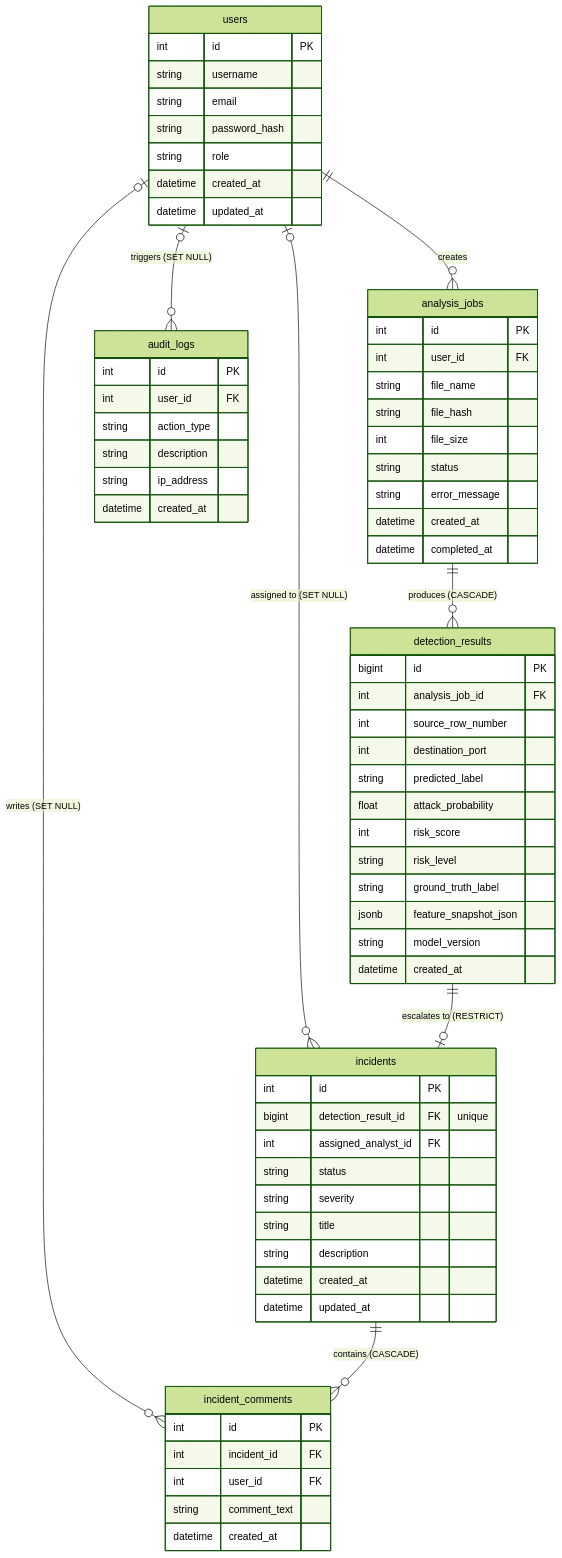
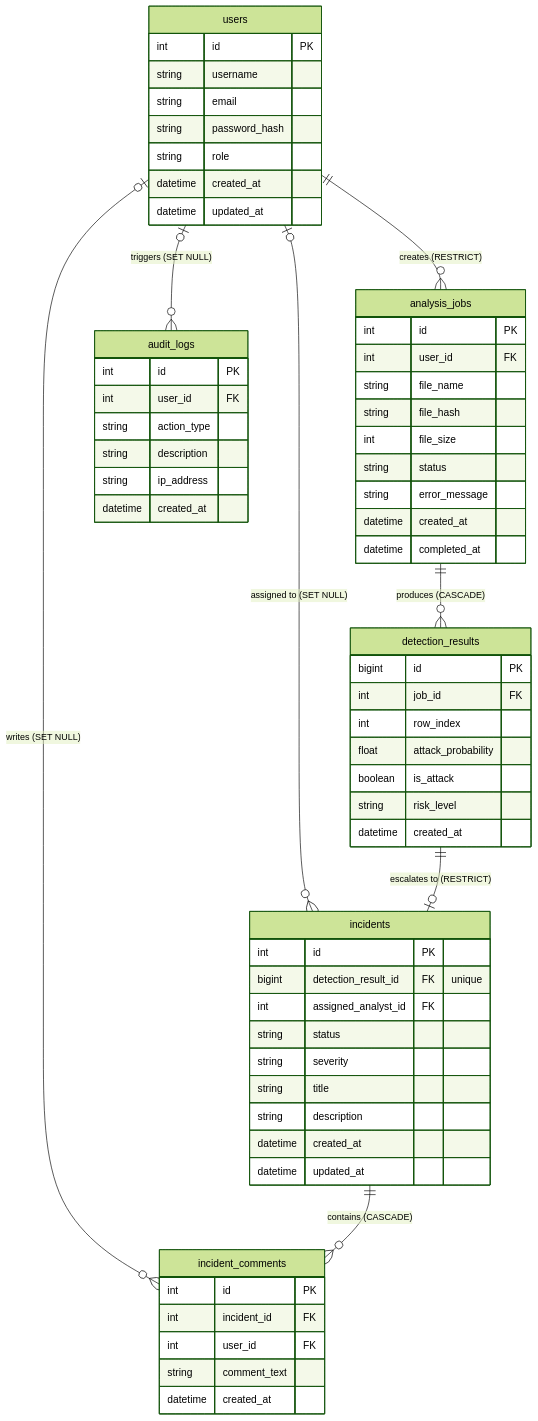
One commit to mustafaemre027/securewatch-ai changed the diagram in docs/architecture/03-database-design.md. Above: the diagram before and after it, drawn with Mermaid (forest theme). The commit also changed other lines of this file and 3 other files, not shown here.

````diff
--- a/docs/architecture/03-database-design.md
+++ b/docs/architecture/03-database-design.md
@@ -11,76 +11,71 @@
 ```mermaid
 erDiagram
     users {
         int id PK
         string username
         string email
         string password_hash
         string role
         datetime created_at
         datetime updated_at
     }
 
     analysis_jobs {
         int id PK
         int user_id FK
         string file_name
         string file_hash
         int file_size
         string status
         string error_message
         datetime created_at
         datetime completed_at
     }
 
     detection_results {
         bigint id PK
-        int analysis_job_id FK
-        int source_row_number
-        int destination_port
-        string predicted_label
+        int job_id FK
+        int row_index
         float attack_probability
-        int risk_score
+        boolean is_attack
         string risk_level
-        string ground_truth_label
-        jsonb feature_snapshot_json
-        string model_version
         datetime created_at
     }
 
     incidents {
         int id PK
         bigint detection_result_id FK "unique"
         int assigned_analyst_id FK
         string status
         string severity
         string title
         string description
         datetime created_at
         datetime updated_at
     }
 
     incident_comments {
         int id PK
         int incident_id FK
         int user_id FK
         string comment_text
         datetime created_at
     }
 
     audit_logs {
         int id PK
         int user_id FK
         string action_type
         string description
         string ip_address
         datetime created_at
     }
 
-    users ||--o{ analysis_jobs : "creates"
+    users ||--o{ analysis_jobs : "creates (RESTRICT)"
     users |o--o{ audit_logs : "triggers (SET NULL)"
     users |o--o{ incidents : "assigned to (SET NULL)"
     users |o--o{ incident_comments : "writes (SET NULL)"
     analysis_jobs ||--o{ detection_results : "produces (CASCADE)"
     detection_results ||--o| incidents : "escalates to (RESTRICT)"
     incidents ||--o{ incident_comments : "contains (CASCADE)"
 ```
````
